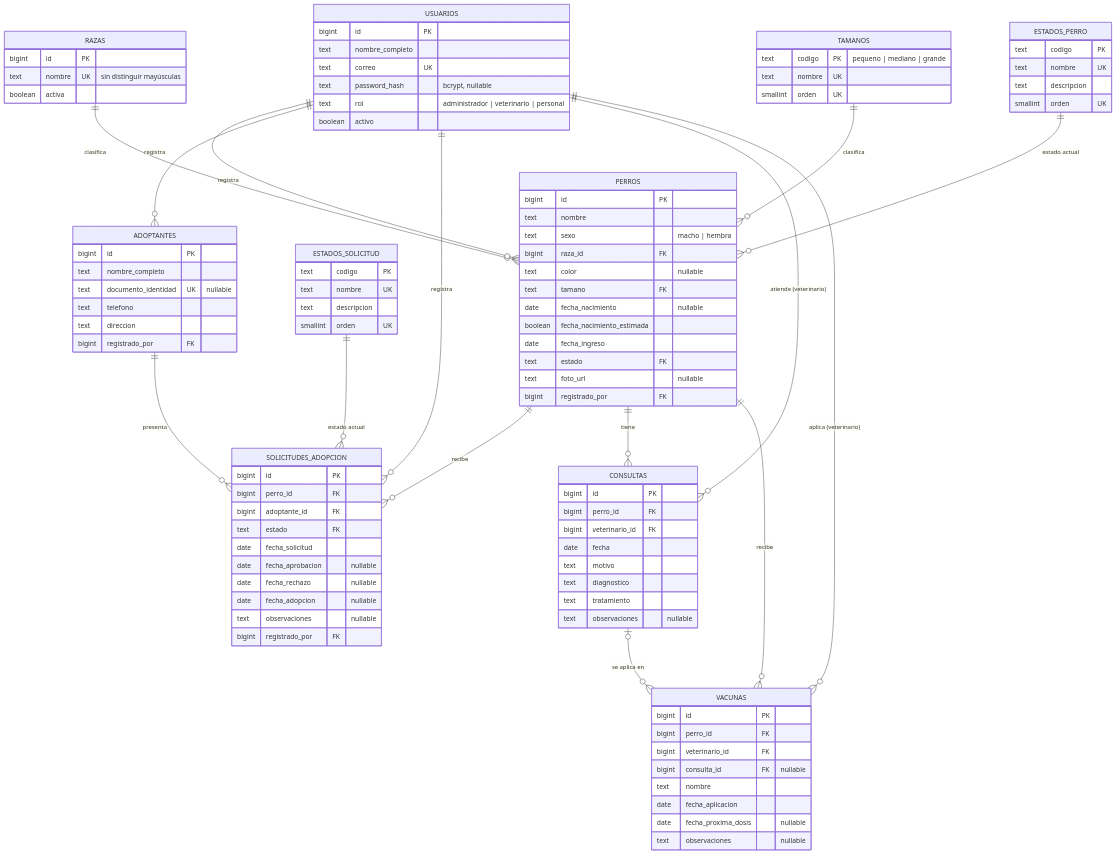
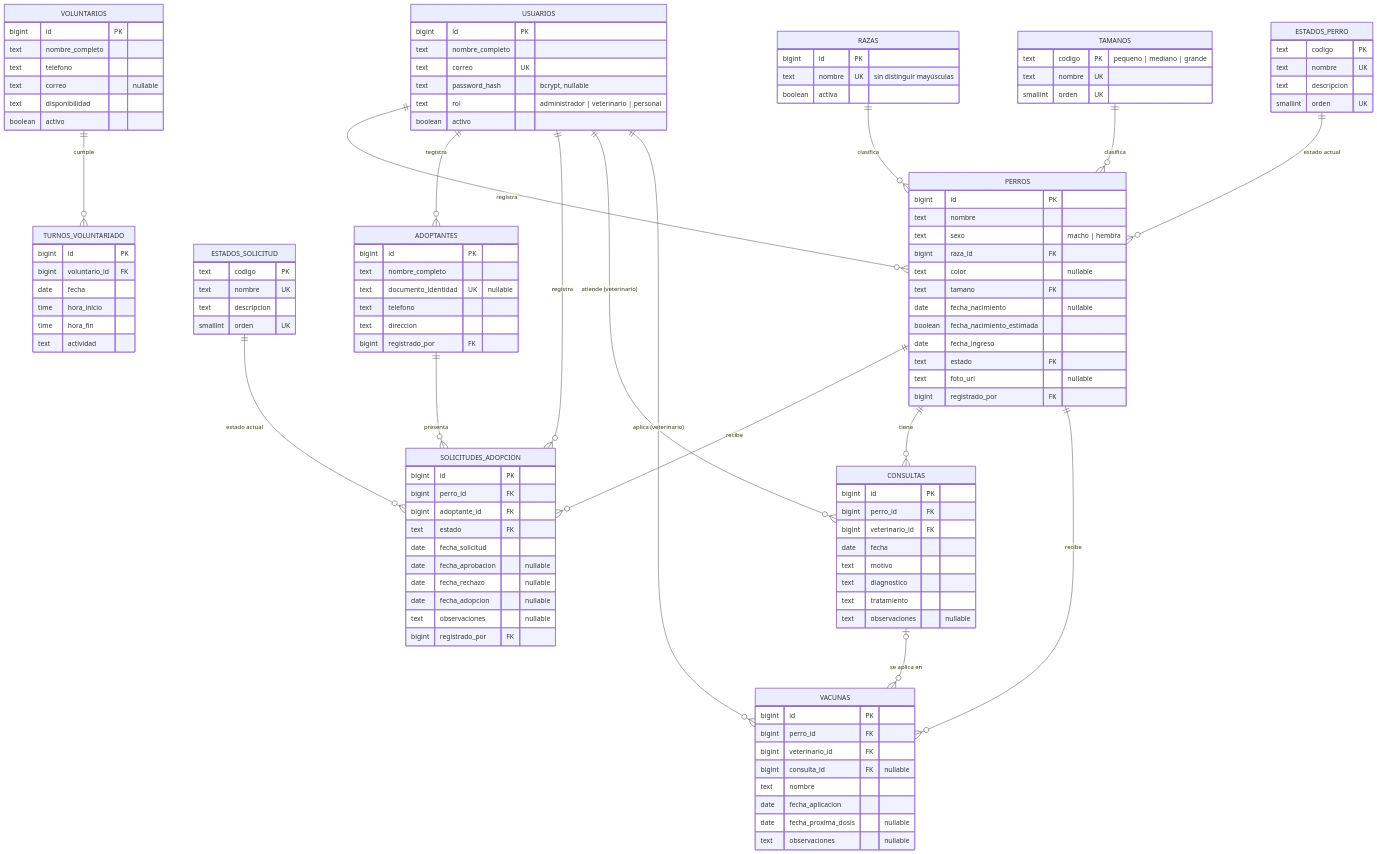
The first of 2 diagrams in database/MODELO_DATOS.md (regi1112921/ing_software), drawn with Mermaid before and after one commit. The commit also changed other lines of this file and 31 other files, not shown here.

````diff
--- a/database/MODELO_DATOS.md
+++ b/database/MODELO_DATOS.md
@@ -138,6 +141,7 @@
     PERROS   ||--o{ CONSULTAS            : "tiene"
     PERROS   ||--o{ VACUNAS              : "recibe"
     CONSULTAS |o--o{ VACUNAS             : "se aplica en"
+    VOLUNTARIOS ||--o{ TURNOS_VOLUNTARIADO : "cumple"
 
     RAZAS {
         bigint id PK
@@ -223,4 +227,20 @@
         date fecha_proxima_dosis "nullable"
         text observaciones "nullable"
     }
+    VOLUNTARIOS {
+        bigint id PK
+        text nombre_completo
+        text telefono
+        text correo "nullable"
+        text disponibilidad
+        boolean activo
+    }
+    TURNOS_VOLUNTARIADO {
+        bigint id PK
+        bigint voluntario_id FK
+        date fecha
+        time hora_inicio
+        time hora_fin
+        text actividad
+    }
 ```
````
